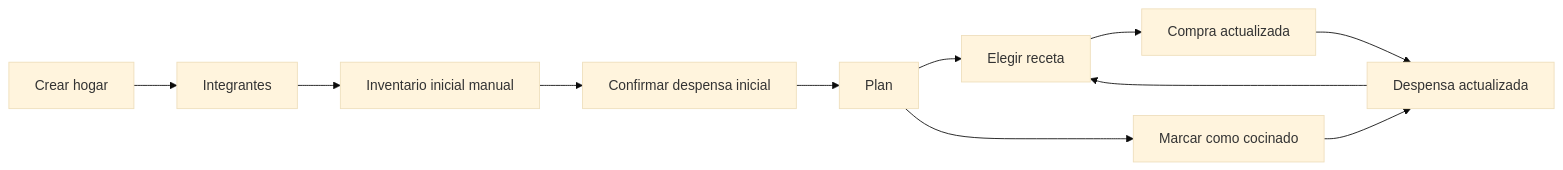
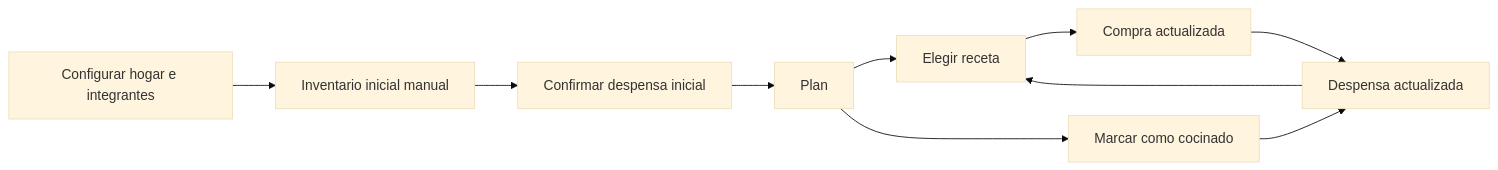
The diagram in docs/03-UX/INFORMATION-ARCHITECTURE.md (VillarroelSergio/TuDespensa), drawn with Mermaid (base theme) before and after one commit. The commit also changed other lines of this file and 26 other files, not shown here.

````diff
--- a/docs/03-UX/INFORMATION-ARCHITECTURE.md
+++ b/docs/03-UX/INFORMATION-ARCHITECTURE.md
@@ -54,13 +54,12 @@
 ```mermaid
 flowchart LR
-    A["Crear hogar"] --> M["Integrantes"]
-    M --> I["Inventario inicial manual"]
+    A["Configurar hogar e integrantes"] --> I["Inventario inicial manual"]
     I --> X["Confirmar despensa inicial"]
     X --> P["Plan"]
     P --> R["Elegir receta"]
     R --> C["Compra actualizada"]
     C --> D["Despensa actualizada"]
     P --> K["Marcar como cocinado"]
     K --> D
     D --> R
 ```
````
